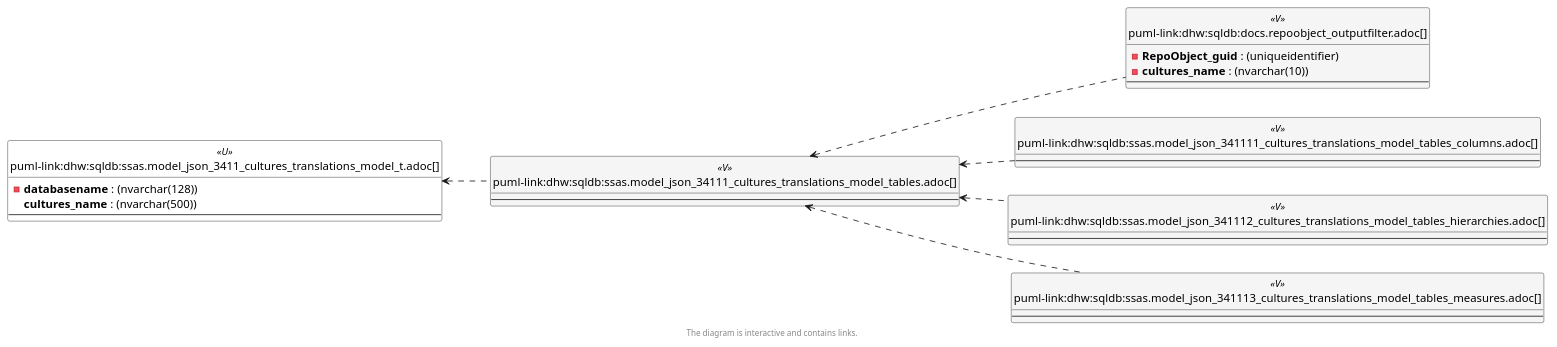
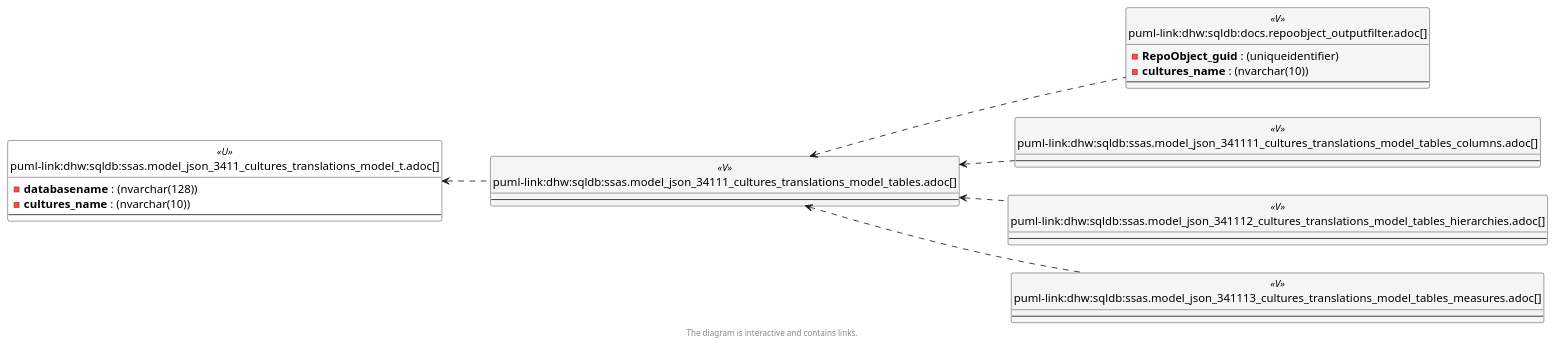
The third of 6 diagrams in docs/modules/sqldb/partials/content/ssas.model_json_34111_cultures_translations_model_tables.adoc (DataHandwerk/dhw-antora-sqldb), drawn with PlantUML before and after one commit. The commit also changed other lines of this file and 641 other files, not shown here.

```diff
--- a/docs/modules/sqldb/partials/content/ssas.model_json_34111_cultures_translations_model_tables.adoc
+++ b/docs/modules/sqldb/partials/content/ssas.model_json_34111_cultures_translations_model_tables.adoc
@@ -769,68 +769,68 @@
 [plantuml, entity_1_1_objectref-{docname}, svg, subs=macros]
 ....
 @startuml
 left to right direction
 'top to bottom direction
 hide circle
 'avoide "." issues:
 set namespaceSeparator none
 
 
 skinparam class {
   BackgroundColor White
   BackgroundColor<<FN>> Yellow
   BackgroundColor<<FS>> Yellow
   BackgroundColor<<FT>> LightGray
   BackgroundColor<<IF>> Yellow
   BackgroundColor<<IS>> Yellow
   BackgroundColor<<P>>  Aqua
   BackgroundColor<<PC>> Aqua
   BackgroundColor<<SN>> Yellow
   BackgroundColor<<SO>> SlateBlue
   BackgroundColor<<TF>> LightGray
   BackgroundColor<<TR>> Tomato
   BackgroundColor<<U>>  White
   BackgroundColor<<V>>  WhiteSmoke
   BackgroundColor<<X>>  Aqua
   BackgroundColor<<external>> AliceBlue
 }
 
 
 entity "puml-link:dhw:sqldb:docs.repoobject_outputfilter.adoc[]" as docs.RepoObject_OutputFilter << V >> {
   - **RepoObject_guid** : (uniqueidentifier)
   - **cultures_name** : (nvarchar(10))
   --
 }
 
 entity "puml-link:dhw:sqldb:ssas.model_json_3411_cultures_translations_model_t.adoc[]" as ssas.model_json_3411_cultures_translations_model_T << U >> {
   - **databasename** : (nvarchar(128))
-  **cultures_name** : (nvarchar(500))
+  - **cultures_name** : (nvarchar(10))
   --
 }
 
 entity "puml-link:dhw:sqldb:ssas.model_json_34111_cultures_translations_model_tables.adoc[]" as ssas.model_json_34111_cultures_translations_model_tables << V >> {
   --
 }
 
 entity "puml-link:dhw:sqldb:ssas.model_json_341111_cultures_translations_model_tables_columns.adoc[]" as ssas.model_json_341111_cultures_translations_model_tables_columns << V >> {
   --
 }
 
 entity "puml-link:dhw:sqldb:ssas.model_json_341112_cultures_translations_model_tables_hierarchies.adoc[]" as ssas.model_json_341112_cultures_translations_model_tables_hierarchies << V >> {
   --
 }
 
 entity "puml-link:dhw:sqldb:ssas.model_json_341113_cultures_translations_model_tables_measures.adoc[]" as ssas.model_json_341113_cultures_translations_model_tables_measures << V >> {
   --
 }
 
 ssas.model_json_3411_cultures_translations_model_T <.. ssas.model_json_34111_cultures_translations_model_tables
-ssas.model_json_34111_cultures_translations_model_tables <.. ssas.model_json_341112_cultures_translations_model_tables_hierarchies
 ssas.model_json_34111_cultures_translations_model_tables <.. docs.RepoObject_OutputFilter
 ssas.model_json_34111_cultures_translations_model_tables <.. ssas.model_json_341111_cultures_translations_model_tables_columns
+ssas.model_json_34111_cultures_translations_model_tables <.. ssas.model_json_341112_cultures_translations_model_tables_hierarchies
 ssas.model_json_34111_cultures_translations_model_tables <.. ssas.model_json_341113_cultures_translations_model_tables_measures
 
 footer The diagram is interactive and contains links.
 
 @enduml
 ....
```
